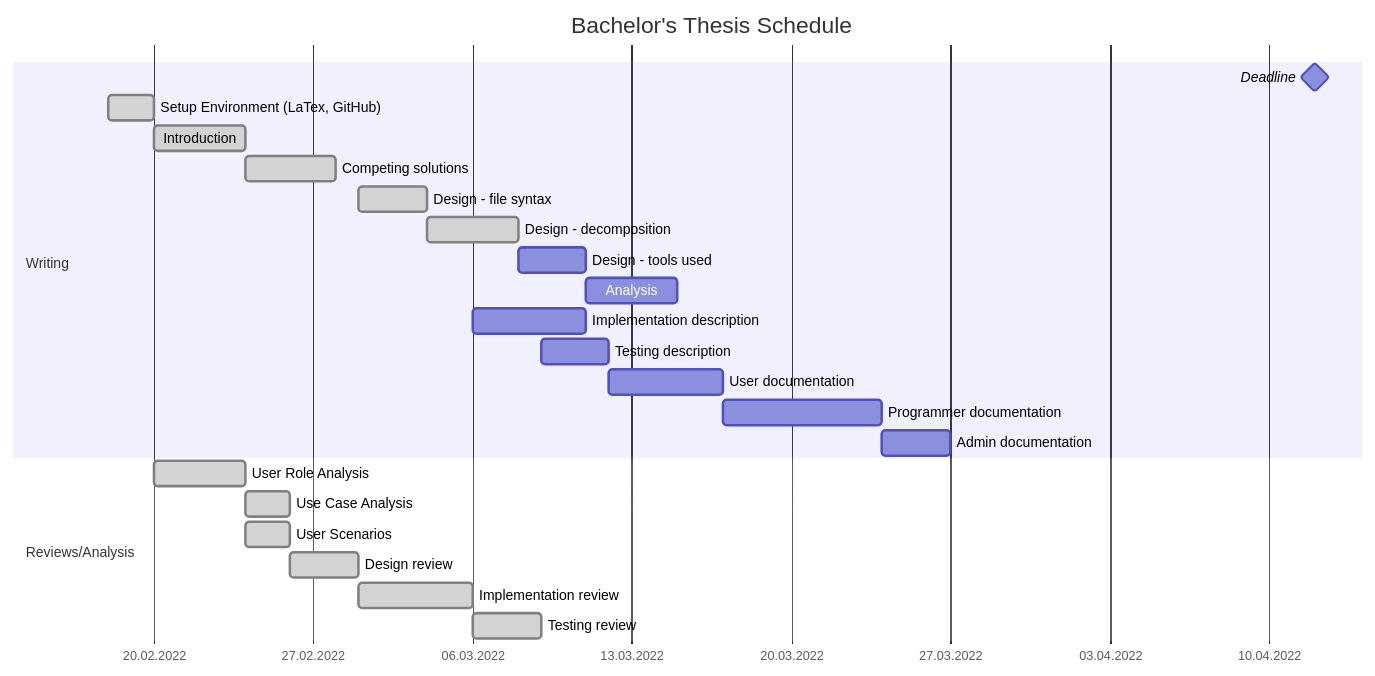
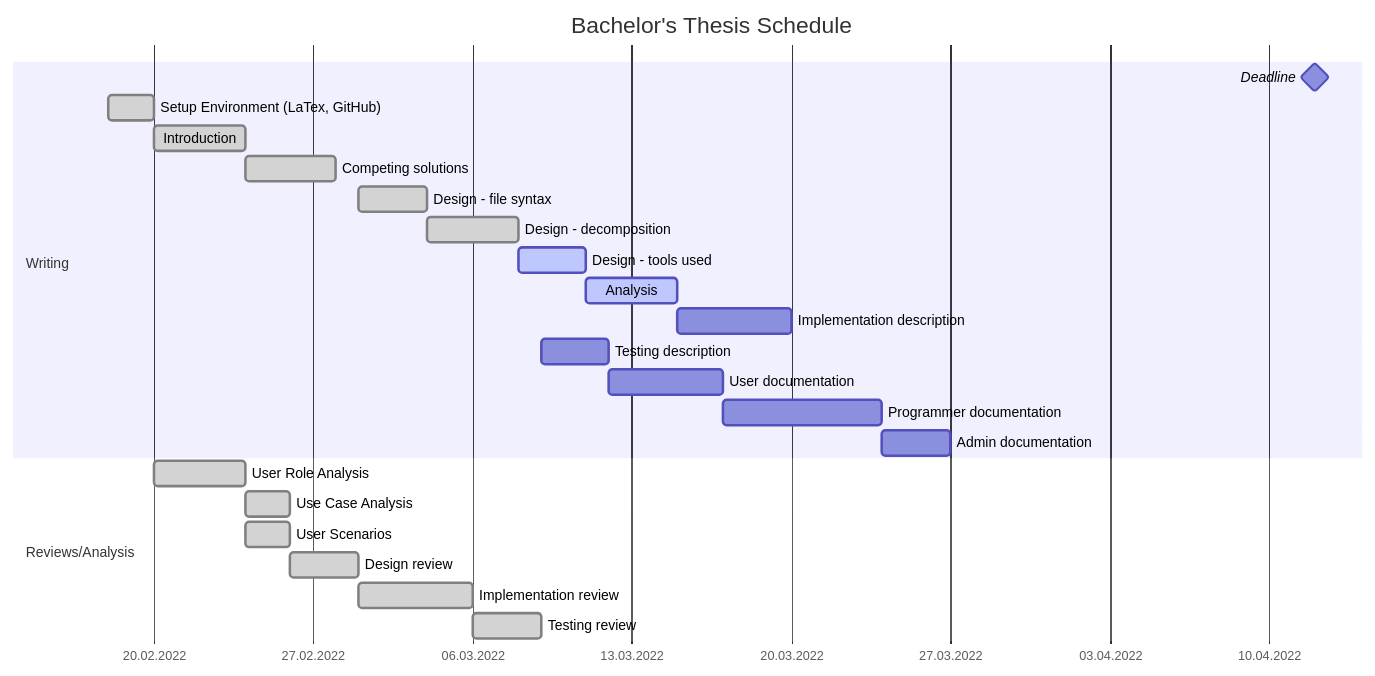
One commit to barjin/bachelor-thesis changed the diagram in schedule.md. Above: the diagram before and after it, drawn with Mermaid.

Commit message:
schedule update

````diff
--- a/schedule.md
+++ b/schedule.md
@@ -4,31 +4,31 @@
 ```mermaid
 gantt
     title Bachelor's Thesis Schedule
     dateFormat DD.MM.YYYY
     axisFormat %d.%m.%Y
 
     section Writing
     Deadline: milestone, 12.04.2022, 0d
 
     Setup Environment (LaTex, GitHub): done, environment, 18.02.2022, 2d
     Introduction: done, introduction, after environment, 4d
     Competing solutions: done, 4d
     Design - file syntax: done, syntax, after design_review, 3d
     Design - decomposition: done, decomp, after syntax, 4d
-    Design - tools used: tools, after decomp, 3d
-    Analysis: after tools, 4d
-    Implementation description: after implementation_review, 5d
+    Design - tools used: active, tools, after decomp, 3d
+    Analysis: active, analysis, after tools, 4d
+    Implementation description: after analysis, 5d
     Testing description: after tests_review, 3d
     User documentation: 5d
     Programmer documentation:7d
     Admin documentation: 3d
 
     section Reviews/Analysis
 
     User Role Analysis: done, analysis_roles, after environment, 4d
     Use Case Analysis: done, after analysis_roles, 2d
     User Scenarios: done, analysis_scenarios, after analysis_roles, 2d
     Design review: done, design_review, after analysis_scenarios, 3d
     Implementation review: done, implementation_review, after design_review, 5d
     Testing review: done, tests_review, after implementation_review, 3d 
 ```
````
